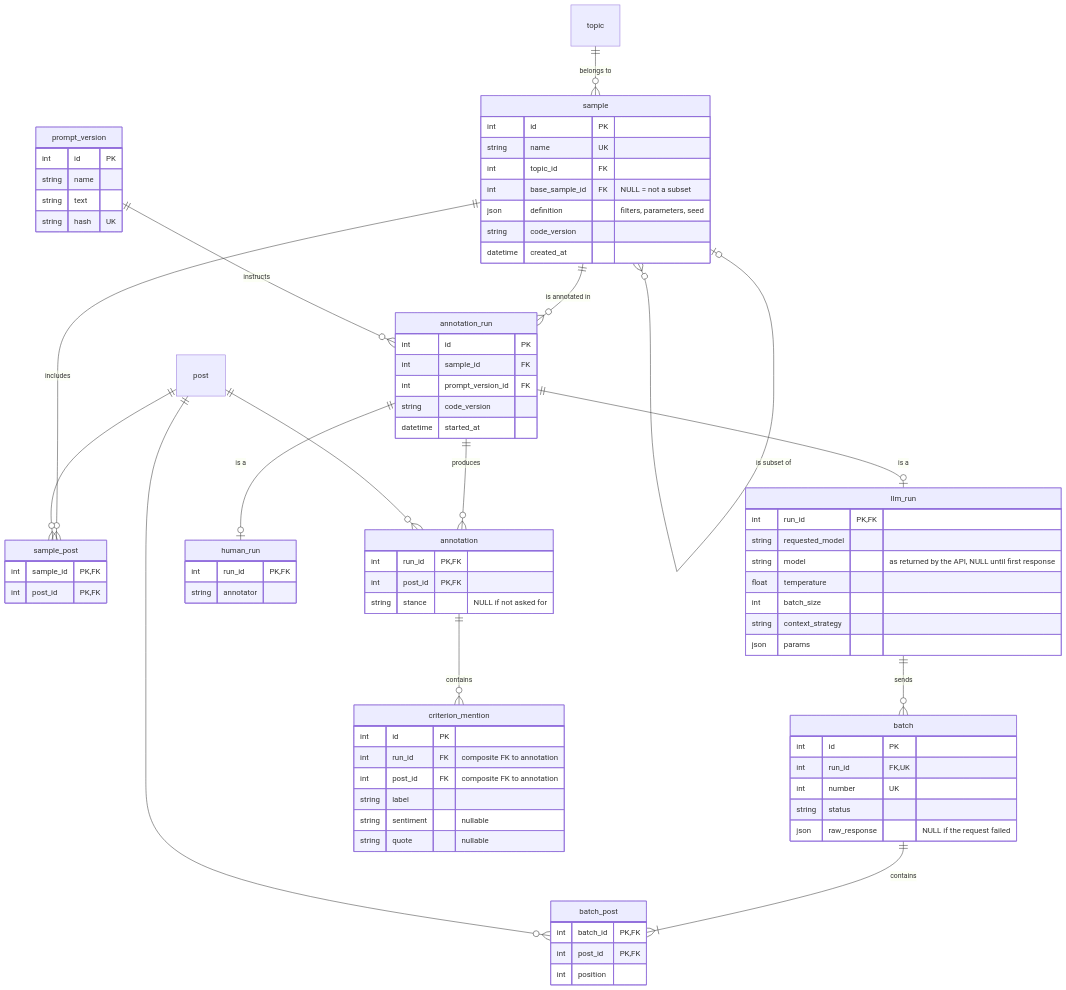
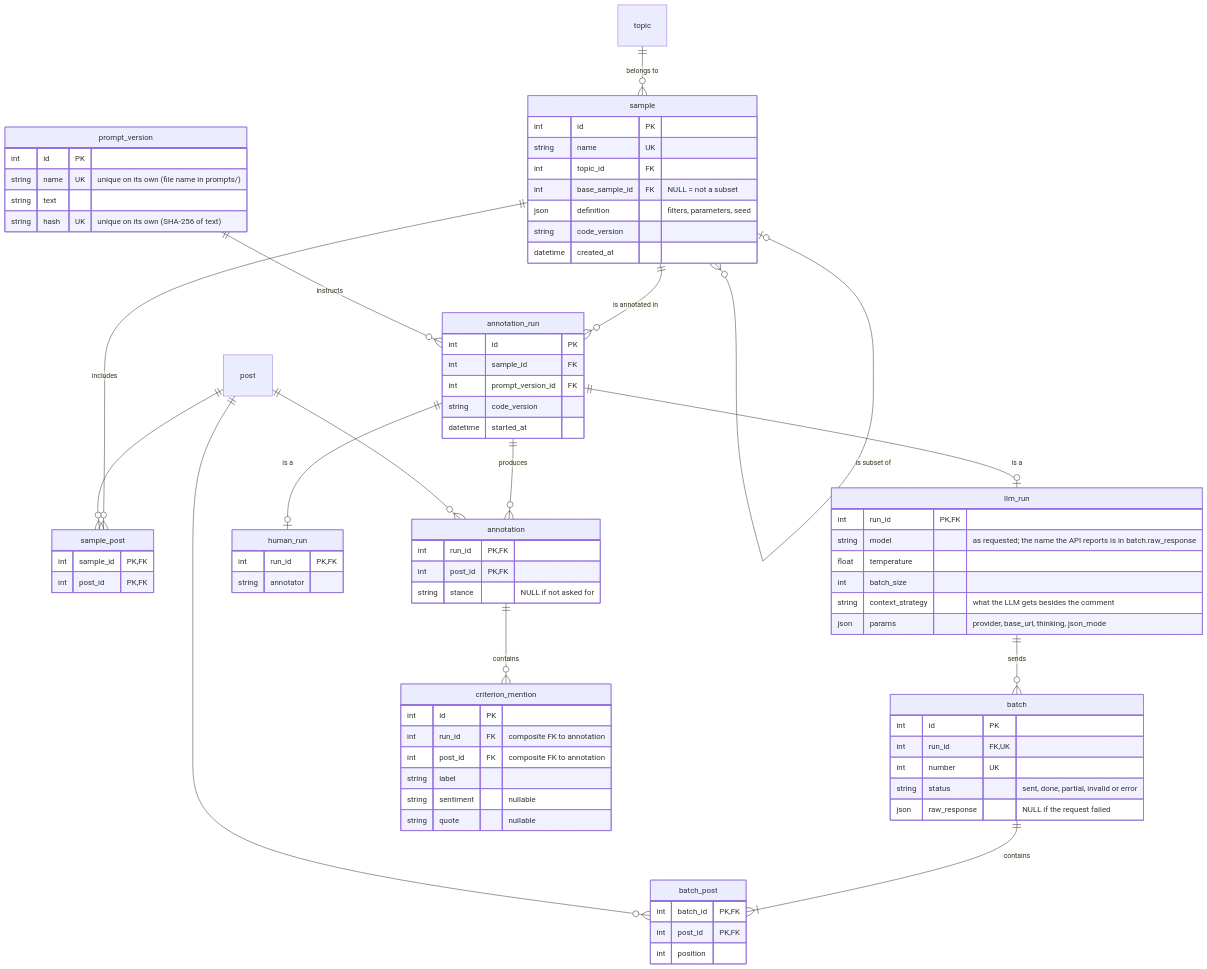
One commit to idt-fhac/radar-pipeline changed the second of 3 diagrams in docs/data-model.md. Above: the diagram before and after it, drawn with Mermaid. The commit also changed other lines of this file, not shown here.

First line of the commit message:
docs: update the data model diagrams

````diff
--- a/docs/data-model.md
+++ b/docs/data-model.md
@@ -66,62 +66,61 @@
 ```mermaid
 erDiagram
     topic ||--o{ sample : "belongs to"
     sample ||--o{ sample_post : includes
     post ||--o{ sample_post : ""
     sample |o--o{ sample : "is subset of"
     sample ||--o{ annotation_run : "is annotated in"
     prompt_version ||--o{ annotation_run : instructs
     annotation_run ||--o| llm_run : "is a"
     annotation_run ||--o| human_run : "is a"
     llm_run ||--o{ batch : sends
     batch ||--|{ batch_post : contains
     post ||--o{ batch_post : ""
     annotation_run ||--o{ annotation : produces
     post ||--o{ annotation : ""
     annotation ||--o{ criterion_mention : contains
 
     sample { int id PK
              string name UK
              int topic_id FK
              int base_sample_id FK "NULL = not a subset"
              json definition "filters, parameters, seed"
              string code_version
              datetime created_at }
     sample_post { int sample_id PK, FK
                   int post_id PK, FK }
     prompt_version { int id PK
-                     string name
+                     string name UK "unique on its own (file name in prompts/)"
                      string text
-                     string hash UK }
+                     string hash UK "unique on its own (SHA-256 of text)" }
     annotation_run { int id PK
                      int sample_id FK
                      int prompt_version_id FK
                      string code_version
                      datetime started_at }
     llm_run { int run_id PK, FK
-              string requested_model
-              string model "as returned by the API, NULL until first response"
+              string model "as requested; the name the API reports is in batch.raw_response"
               float temperature
               int batch_size
-              string context_strategy
-              json params }
+              string context_strategy "what the LLM gets besides the comment"
+              json params "provider, base_url, thinking, json_mode" }
     human_run { int run_id PK, FK
                 string annotator }
     batch { int id PK
             int run_id FK, UK
             int number UK
-            string status
+            string status "sent, done, partial, invalid or error"
             json raw_response "NULL if the request failed" }
     batch_post { int batch_id PK, FK
                  int post_id PK, FK
                  int position }
     annotation { int run_id PK, FK
                  int post_id PK, FK
                  string stance "NULL if not asked for" }
     criterion_mention { int id PK
                         int run_id FK "composite FK to annotation"
                         int post_id FK "composite FK to annotation"
                         string label
                         string sentiment "nullable"
                         string quote "nullable" }
 ```
````
